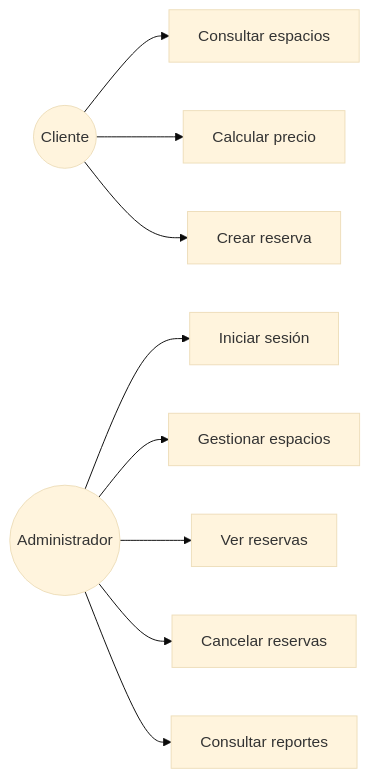
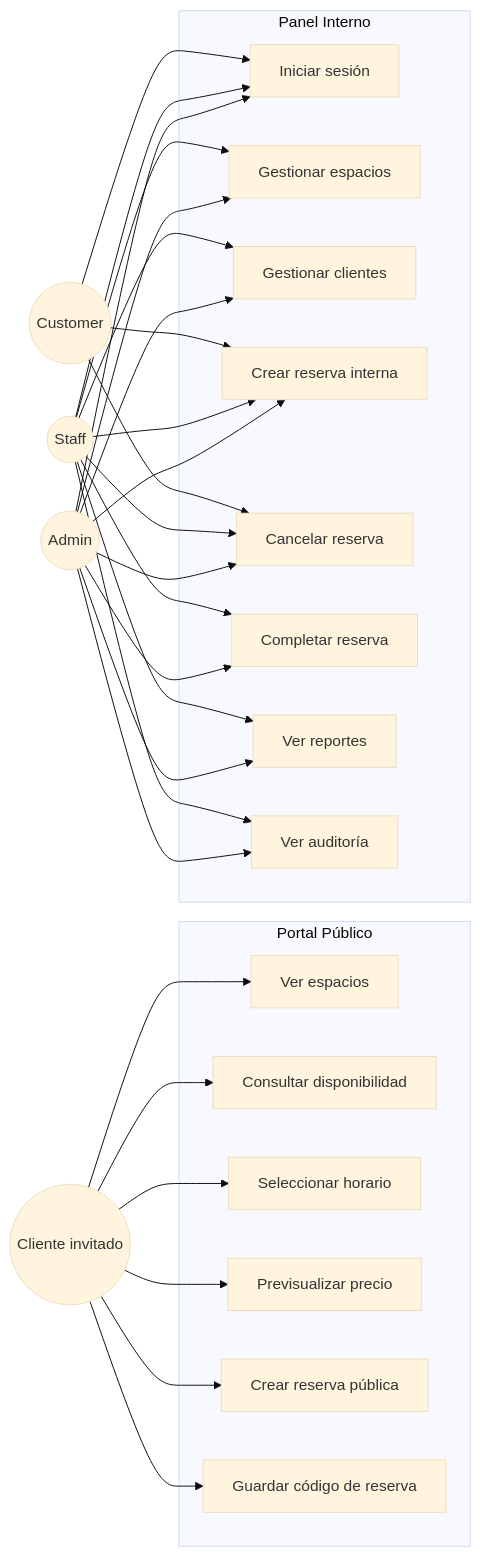
One commit to fmamanifdeveloper/cowork-reservation-system changed the diagram in docs/diagrams/mermaid/use-cases.mmd. Above: the diagram before and after it, drawn with Mermaid (base theme). The commit also changed 5 other files, not shown here.

Commit message:
docs(diagrams): add mermaid project diagrams

```diff
--- a/docs/diagrams/mermaid/use-cases.mmd
+++ b/docs/diagrams/mermaid/use-cases.mmd
@@ -1,13 +1,54 @@
 flowchart LR
-    Client((Cliente))
-    Admin((Administrador))
+    Admin((Admin))
+    Staff((Staff))
+    Customer((Customer))
+    Guest((Cliente invitado))
 
-    Client --> UC1[Consultar espacios]
-    Client --> UC2[Calcular precio]
-    Client --> UC3[Crear reserva]
+    subgraph Public[Portal Público]
+        UC1[Ver espacios]
+        UC2[Consultar disponibilidad]
+        UC3[Seleccionar horario]
+        UC4[Previsualizar precio]
+        UC5[Crear reserva pública]
+        UC6[Guardar código de reserva]
+    end
 
-    Admin --> UC4[Iniciar sesión]
-    Admin --> UC5[Gestionar espacios]
-    Admin --> UC6[Ver reservas]
-    Admin --> UC7[Cancelar reservas]
-    Admin --> UC8[Consultar reportes]
+    subgraph AdminPanel[Panel Interno]
+        UC7[Iniciar sesión]
+        UC8[Gestionar espacios]
+        UC9[Gestionar clientes]
+        UC10[Crear reserva interna]
+        UC11[Cancelar reserva]
+        UC12[Completar reserva]
+        UC13[Ver reportes]
+        UC14[Ver auditoría]
+    end
+
+    Guest --> UC1
+    Guest --> UC2
+    Guest --> UC3
+    Guest --> UC4
+    Guest --> UC5
+    Guest --> UC6
+
+    Customer --> UC7
+    Customer --> UC10
+    Customer --> UC11
+
+    Staff --> UC7
+    Staff --> UC8
+    Staff --> UC9
+    Staff --> UC10
+    Staff --> UC11
+    Staff --> UC12
+    Staff --> UC13
+    Staff --> UC14
+
+    Admin --> UC7
+    Admin --> UC8
+    Admin --> UC9
+    Admin --> UC10
+    Admin --> UC11
+    Admin --> UC12
+    Admin --> UC13
+    Admin --> UC14
```
